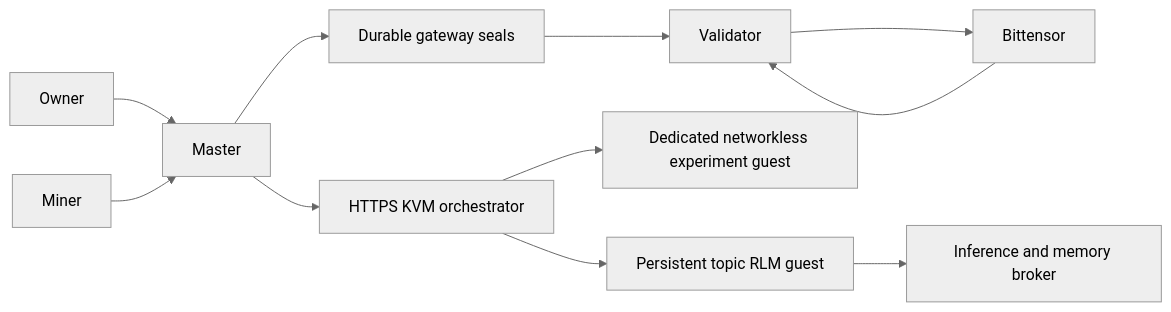
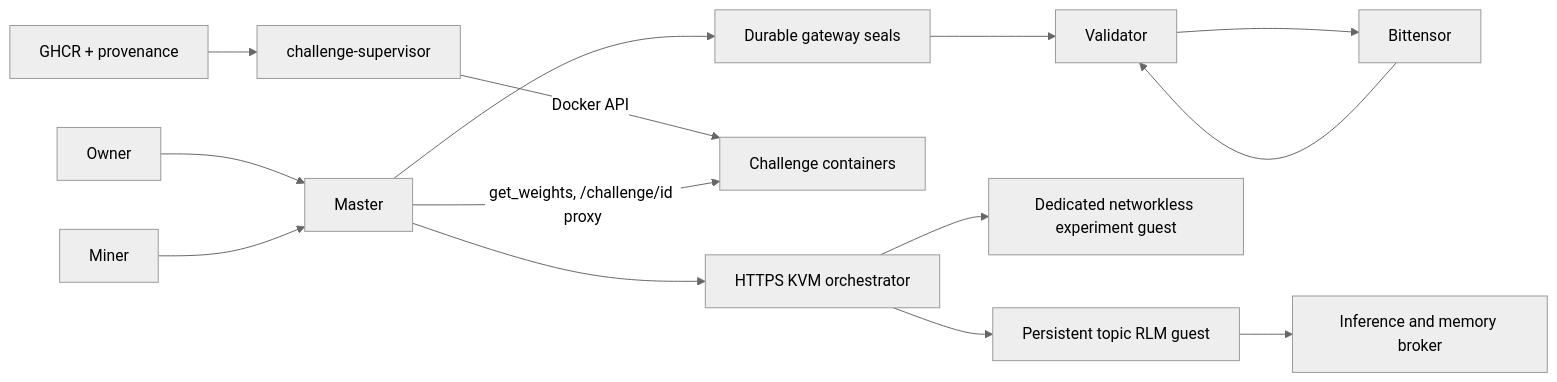
One commit to CortexLM/cortex changed the diagram in docs/ARCHITECTURE.md. Above: the diagram before and after it, drawn with Mermaid (neutral theme). The commit also changed other lines of this file and 65 other files, not shown here.

````diff
--- a/docs/ARCHITECTURE.md
+++ b/docs/ARCHITECTURE.md
@@ -9,13 +15,16 @@
 ```mermaid
 flowchart LR
   Owner --> Master
   Miner --> Master
   Master --> Gateway[Durable gateway seals]
+  Supervisor[challenge-supervisor] -->|Docker API| Containers[Challenge containers]
+  Master -->|get_weights, /challenge/id proxy| Containers
+  Registry[GHCR + provenance] --> Supervisor
   Master --> Host[HTTPS KVM orchestrator]
   Host --> Topic[Persistent topic RLM guest]
   Topic --> Broker[Inference and memory broker]
   Host --> Experiment[Dedicated networkless experiment guest]
   Gateway --> Validator
   Chain[Bittensor] --> Validator
   Validator --> Chain
 ```
````
